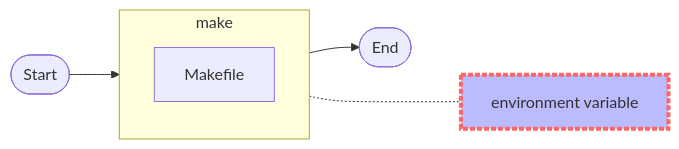
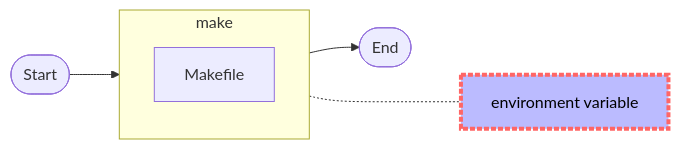
The first of 3 diagrams in README.md (lankahsu520/makeXcmakeXmesonXgn), drawn with Mermaid before and after one commit. The commit also changed other lines of this file, not shown here.

````diff
--- a/README.md
+++ b/README.md
@@ -13,13 +13,13 @@
 ```mermaid
 flowchart LR
 	Start([Start])
 	subgraph make[make]
 		Makefile[Makefile]
 	end
 	End([End])
 	environment[environment variable]
-	style environment fill:#bbf,stroke:#f66,stroke-width:4px,stroke-dasharray: 5 2
+	style environment fill:#bbf,color:#000000,stroke:#f66,stroke-width:4px,stroke-dasharray: 5 2
 
 	Start --> make --> End
 	make -..- environment
 ```
````
